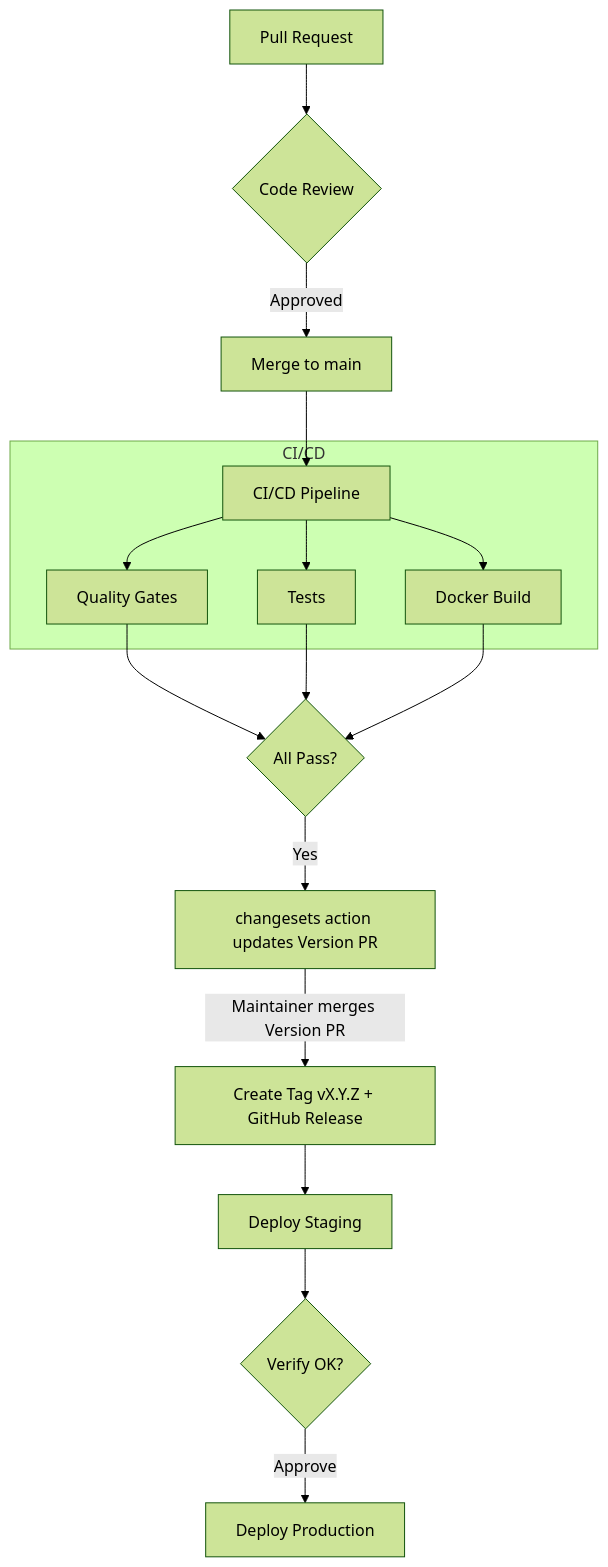
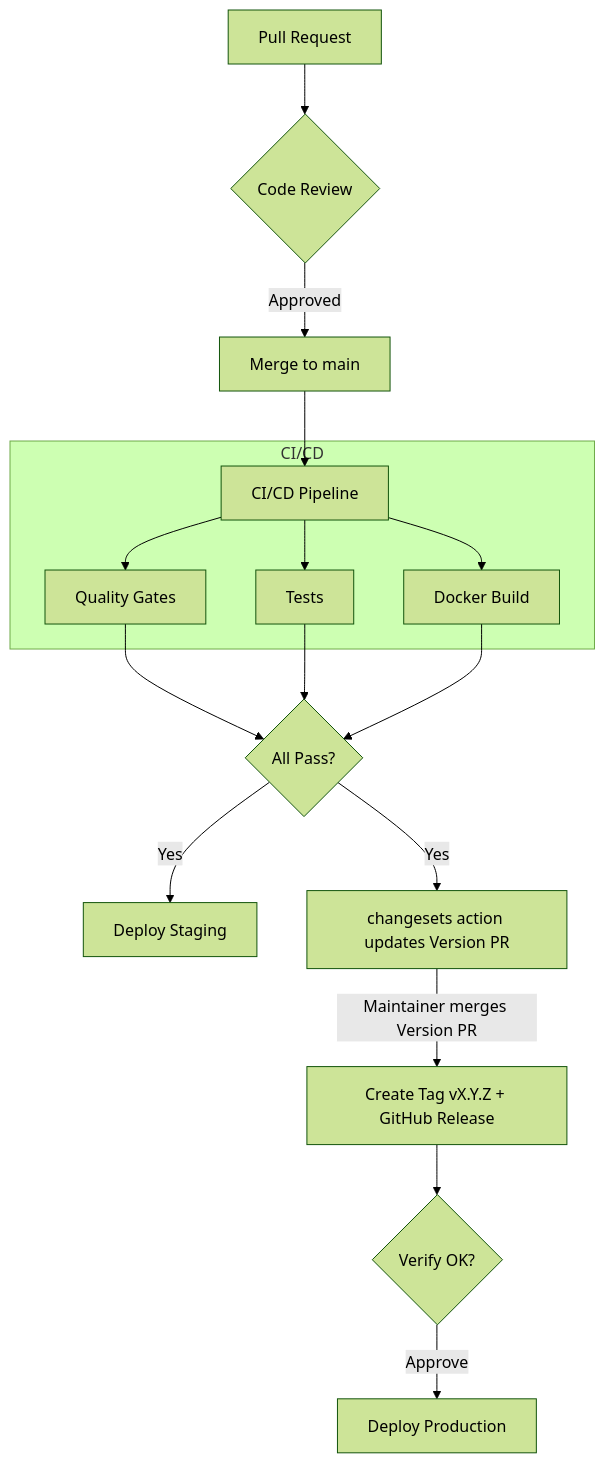
The first of 2 diagrams in docs/contributor/ci-cd.mdx (ls1intum/Hephaestus), drawn with Mermaid (forest theme) before and after one commit. The commit also changed other lines of this file and 25 other files, not shown here.

````diff
--- a/docs/contributor/ci-cd.mdx
+++ b/docs/contributor/ci-cd.mdx
@@ -14,23 +14,23 @@
 ```mermaid
 graph TD
     PR[Pull Request] --> Review{Code Review}
     Review -->|Approved| Merge[Merge to main]
     Merge --> CI[CI/CD Pipeline]
 
     subgraph CI/CD
     CI --> Q[Quality Gates]
     CI --> T[Tests]
     CI --> D[Docker Build]
     end
 
     Q --> Pass{All Pass?}
     T --> Pass
     D --> Pass
 
+    Pass -->|Yes| Staging[Deploy Staging]
     Pass -->|Yes| VP[changesets action updates Version PR]
     VP -->|Maintainer merges Version PR| Tag[Create Tag vX.Y.Z + GitHub Release]
 
-    Tag --> Staging[Deploy Staging]
-    Staging --> Verify{Verify OK?}
+    Tag --> Verify{Verify OK?}
     Verify -->|Approve| Prod[Deploy Production]
 ```
````
